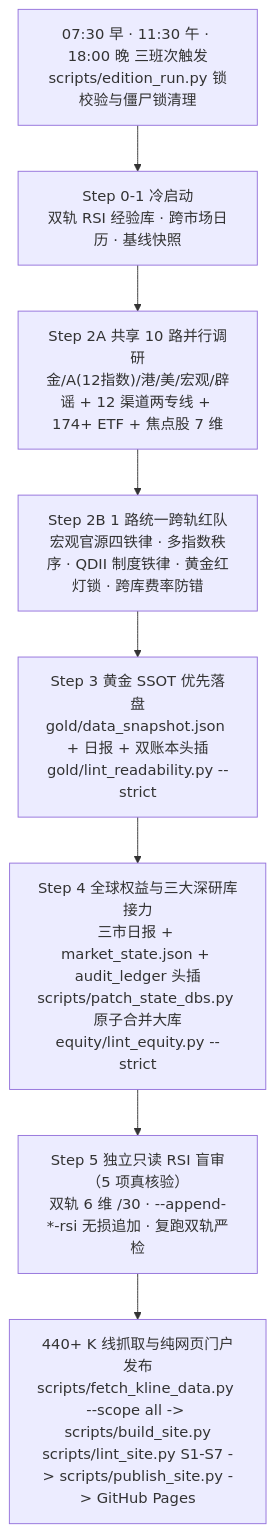
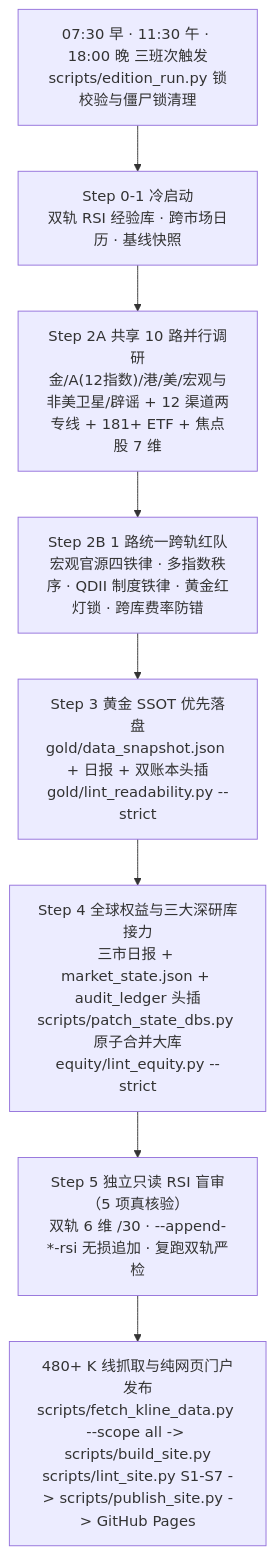
One commit to nanless/global-investment-research changed the diagram in README.md. Above: the diagram before and after it, drawn with Mermaid. The commit also changed other lines of this file and 33 other files, not shown here.

````diff
--- a/README.md
+++ b/README.md
@@ -86,10 +88,10 @@
 ```mermaid
 flowchart TD
     A["07:30 早 · 11:30 午 · 18:00 晚 三班次触发\nscripts/edition_run.py 锁校验与僵尸锁清理"] --> B["Step 0-1 冷启动\n双轨 RSI 经验库 · 跨市场日历 · 基线快照"]
-    B --> C["Step 2A 共享 10 路并行调研\n金/A(12指数)/港/美/宏观/辟谣 + 12 渠道两专线 + 174+ ETF + 焦点股 7 维"]
+    B --> C["Step 2A 共享 10 路并行调研\n金/A(12指数)/港/美/宏观与非美卫星/辟谣 + 12 渠道两专线 + 181+ ETF + 焦点股 7 维"]
     C --> D["Step 2B 1 路统一跨轨红队\n宏观官源四铁律 · 多指数秩序 · QDII 制度铁律 · 黄金红灯锁 · 跨库费率防错"]
     D --> E["Step 3 黄金 SSOT 优先落盘\ngold/data_snapshot.json + 日报 + 双账本头插\ngold/lint_readability.py --strict"]
     E --> F["Step 4 全球权益与三大深研库接力\n三市日报 + market_state.json + audit_ledger 头插\nscripts/patch_state_dbs.py 原子合并大库\nequity/lint_equity.py --strict"]
     F --> G["Step 5 独立只读 RSI 盲审（5 项真核验）\n双轨 6 维 /30 · --append-*-rsi 无损追加 · 复跑双轨严检"]
-    G --> H["440+ K 线抓取与纯网页门户发布\nscripts/fetch_kline_data.py --scope all -> scripts/build_site.py\nscripts/lint_site.py S1-S7 -> scripts/publish_site.py -> GitHub Pages"]
+    G --> H["480+ K 线抓取与纯网页门户发布\nscripts/fetch_kline_data.py --scope all -> scripts/build_site.py\nscripts/lint_site.py S1-S7 -> scripts/publish_site.py -> GitHub Pages"]
 ```
````
